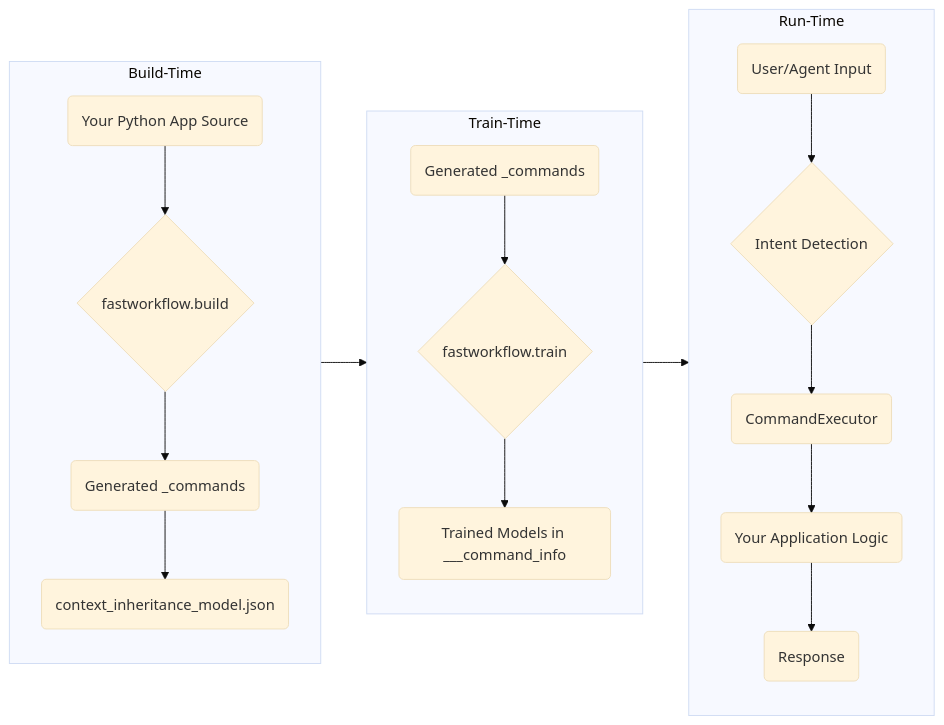
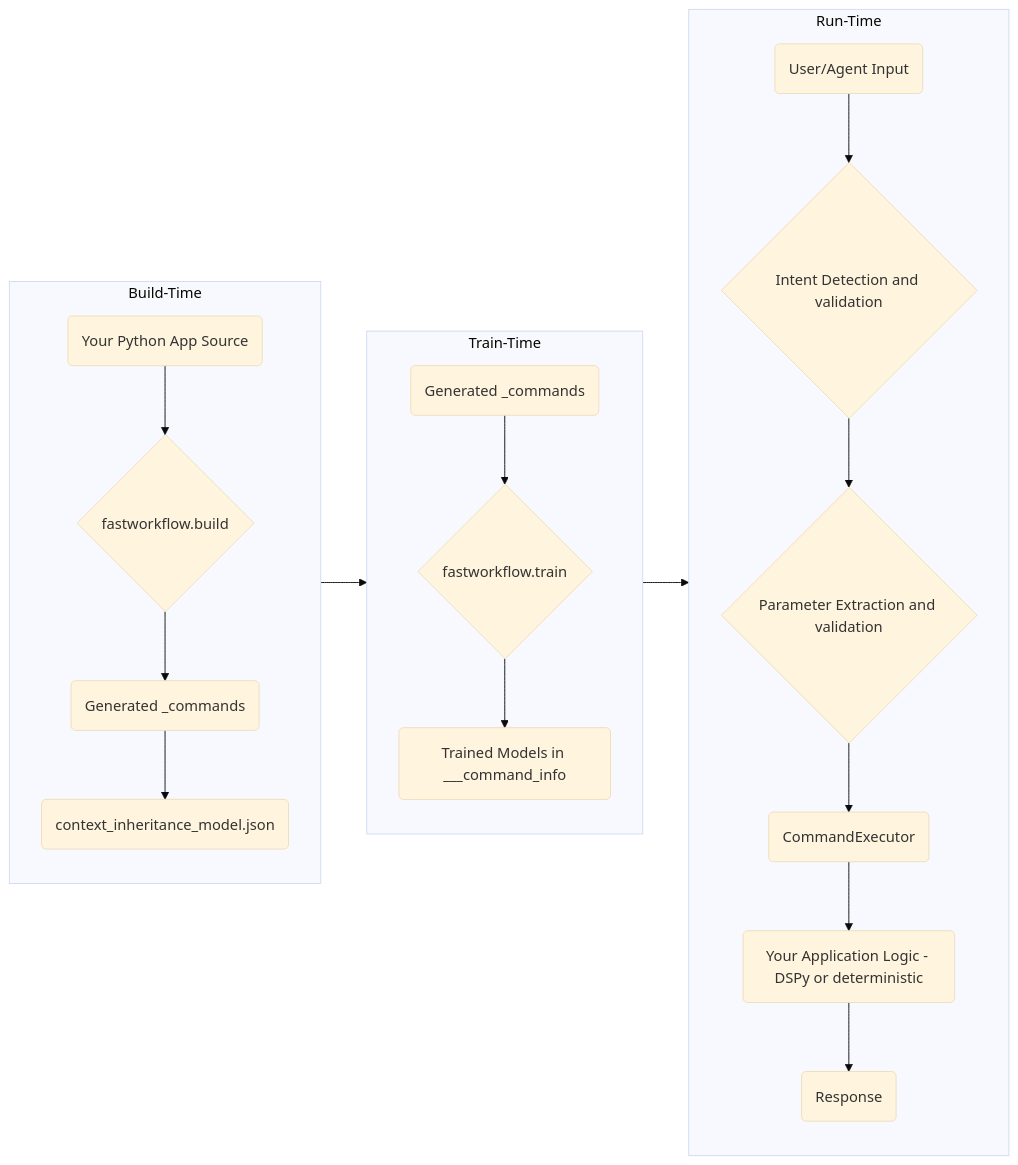
Before and after one commit to radiantlogicinc/fastworkflow: the diagram in README.md, drawn with Mermaid (base theme). The commit also changed other lines of this file and 3 other files, not shown here.

````diff
--- a/README.md
+++ b/README.md
@@ -39,23 +89,24 @@
 ```mermaid
 graph LR
     subgraph A[Build-Time]
         A1(Your Python App Source) --> A2{fastworkflow.build};
         A2 --> A3(Generated _commands);
         A3 --> A4(context_inheritance_model.json);
     end
 
     subgraph B[Train-Time]
         B1(Generated _commands) --> B2{fastworkflow.train};
         B2 --> B3(Trained Models in ___command_info);
     end
 
     subgraph C[Run-Time]
-        C1(User/Agent Input) --> C2{Intent Detection};
-        C2 --> C3(CommandExecutor);
-        C3 --> C4(Your Application Logic);
-        C4 --> C5(Response);
+        C1(User/Agent Input) --> C2{Intent Detection and validation};
+        C2 --> C3{Parameter Extraction and validation};
+        C3 --> C4(CommandExecutor);
+        C4 --> C5(Your Application Logic - DSPy or deterministic); 
+        C5 --> C6(Response);
     end
 
     A --> B;
     B --> C;
 ```
````
